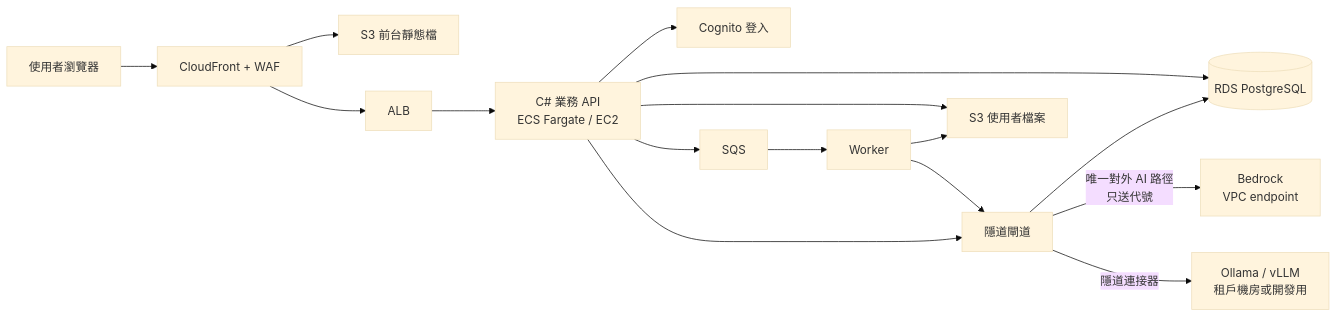
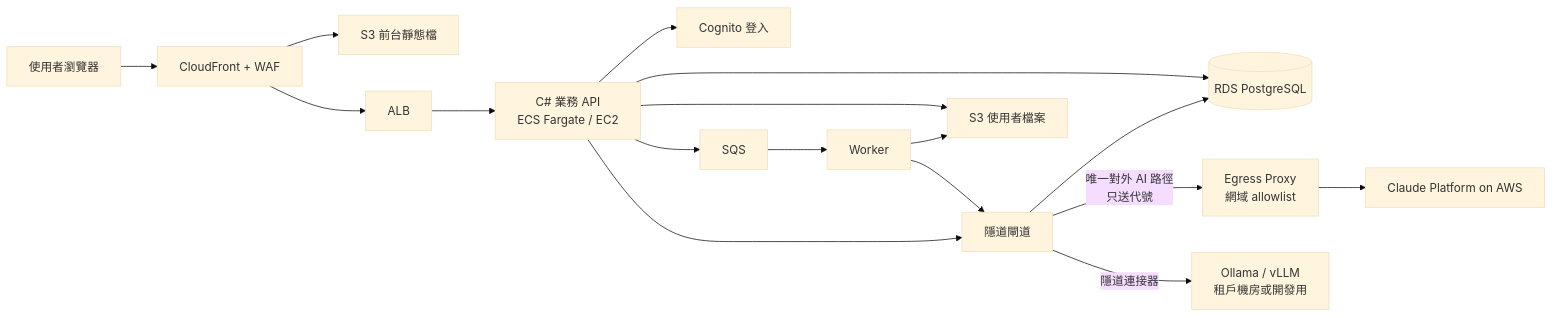
One commit to togokao/fileshare changed the diagram in Veilway2.md. Above: the diagram before and after it, drawn with Mermaid (base theme). The commit also changed other lines of this file and 1 other file, not shown here.

First line of the commit message:
Switch model access from Bedrock to Claude Platform on AWS

````diff
--- a/Veilway2.md
+++ b/Veilway2.md
@@ -15,17 +15,17 @@
 ```mermaid
 flowchart LR
   U[使用者瀏覽器] --> CF[CloudFront + WAF]
   CF --> S3W[S3 前台靜態檔]
   CF --> ALB[ALB]
   ALB --> API[C# 業務 API<br/>ECS Fargate / EC2]
   API --> COG[Cognito 登入]
   API --> RDS[(RDS PostgreSQL)]
   API --> S3F[S3 使用者檔案]
   API --> SQS[SQS] --> WK[Worker]
   WK --> S3F
   API --> GW[隱道閘道]
   WK --> GW
   GW --> RDS
-  GW -- 唯一對外 AI 路徑<br/>只送代號 --> BR[Bedrock<br/>VPC endpoint]
+  GW -- 唯一對外 AI 路徑<br/>只送代號 --> EP[Egress Proxy<br/>網域 allowlist] --> CP[Claude Platform on AWS]
   GW -- 隱道連接器 --> OL[Ollama / vLLM<br/>租戶機房或開發用]
 ```
````
